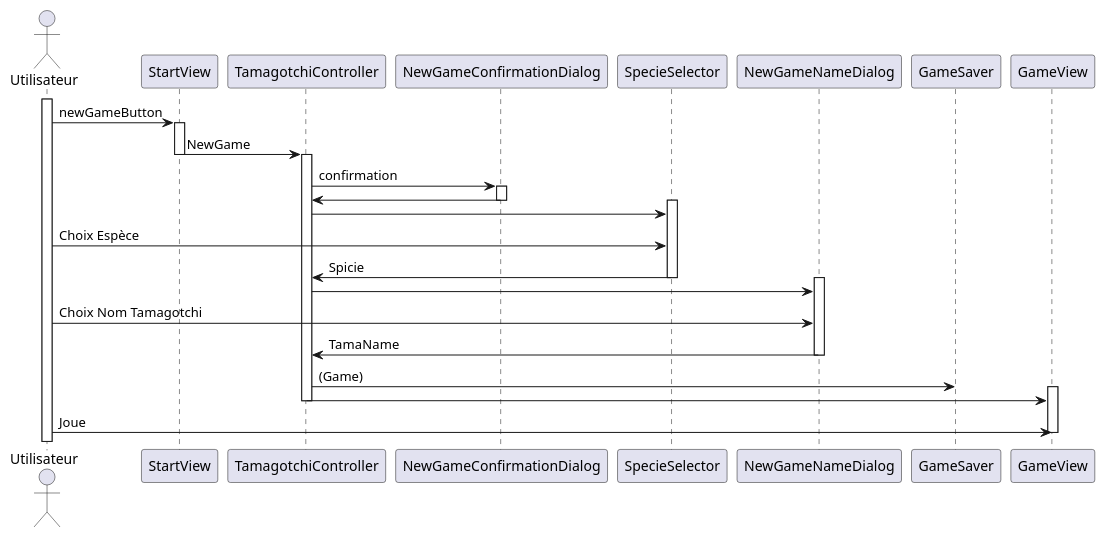
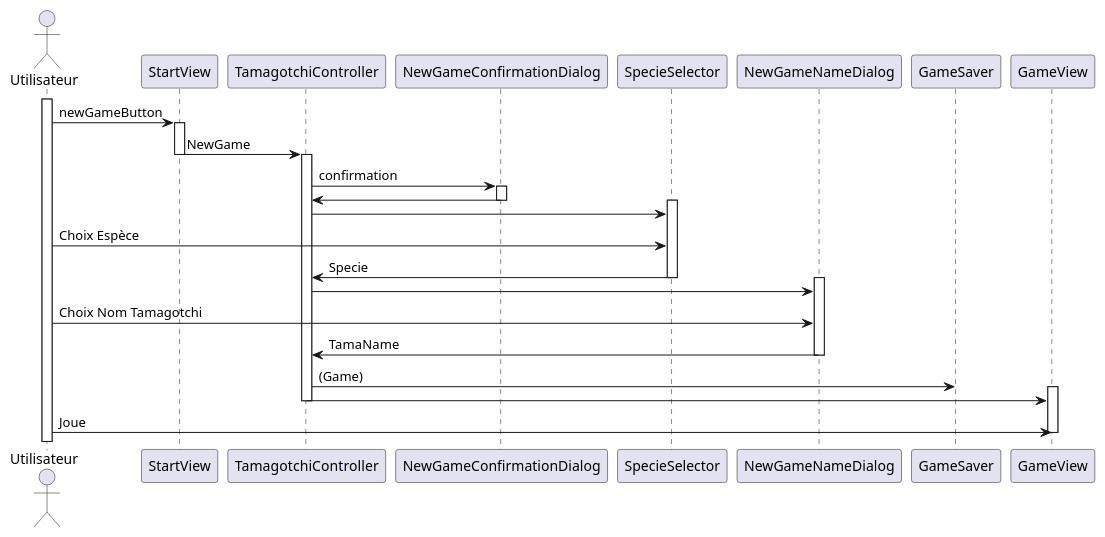
Before and after one commit to TheoGicquel/EggFriend: the diagram in docs/plantUML/Diagrammes_sequence/NewCreateSaveSeq.plantuml, drawn with PlantUML. The commit also changed 18 other files, not shown here.

```diff
--- a/docs/plantUML/Diagrammes_sequence/NewCreateSaveSeq.plantuml
+++ b/docs/plantUML/Diagrammes_sequence/NewCreateSaveSeq.plantuml
@@ -2,58 +2,58 @@
 @startuml game manager
 /' Guide : https://plantuml.com/en/sequence-diagram '/
 
 /'Connection au jeu et reccupération'/
     Actor Utilisateur
 
 
     activate Utilisateur
 
     Utilisateur -> StartView : newGameButton
 
     activate StartView
 
     StartView -> TamagotchiController : NewGame
 
     deactivate StartView
     
     activate TamagotchiController
 
         TamagotchiController -> NewGameConfirmationDialog : confirmation
 
         activate NewGameConfirmationDialog
 
         NewGameConfirmationDialog -> TamagotchiController
 
         deactivate NewGameConfirmationDialog
 
         activate SpecieSelector
 
         TamagotchiController -> SpecieSelector
 
         Utilisateur -> SpecieSelector : Choix Espèce
 
-        SpecieSelector -> TamagotchiController : Spicie
+        SpecieSelector -> TamagotchiController : Specie
 
         deactivate SpecieSelector
 
         activate NewGameNameDialog 
 
         TamagotchiController -> NewGameNameDialog
 
         Utilisateur -> NewGameNameDialog : Choix Nom Tamagotchi
 
         NewGameNameDialog -> TamagotchiController : TamaName
 
         deactivate NewGameNameDialog
 
         TamagotchiController -> GameSaver : (Game)
 
         activate GameView
         TamagotchiController -> GameView
 
     deactivate TamagotchiController
     
     Utilisateur -> GameView : Joue
     deactivate GameView
 
 @enduml
```
